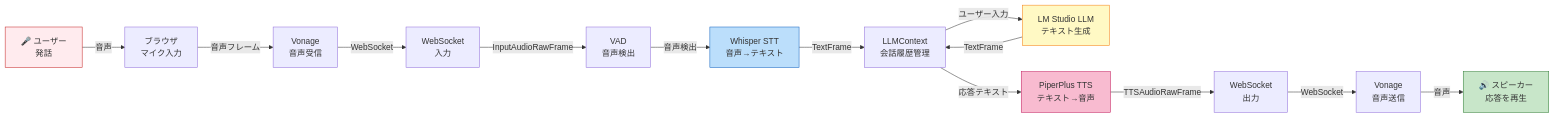
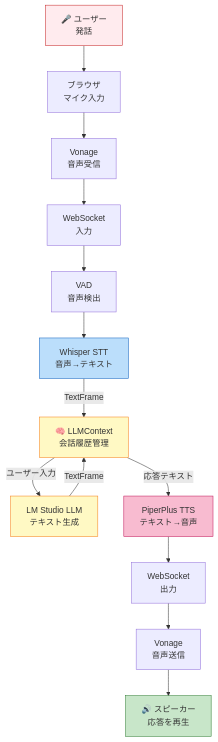
One commit to masayukimiyazawa/pipecat-voicebot-voiceapi-demo changed the diagram in doc/mermaid/data_flow_jp.md. Above: the diagram before and after it, drawn with Mermaid. The commit also changed 13 other files, not shown here.

````diff
--- a/doc/mermaid/data_flow_jp.md
+++ b/doc/mermaid/data_flow_jp.md
@@ -1,45 +1,17 @@
 ```mermaid
-graph LR
-    User["🎤 ユーザー<br/>発話"]
-    
-    Browser["ブラウザ<br/>マイク入力"]
-    
-    Vonage_In["Vonage<br/>音声受信"]
-    
-    WS_In["WebSocket<br/>入力"]
-    
-    VAD_Proc["VAD<br/>音声検出"]
-    
-    STT_Proc["Whisper STT<br/>音声→テキスト"]
-    
-    LLMContext["LLMContext<br/>会話履歴管理"]
-    
-    LLM_Proc["LM Studio LLM<br/>テキスト生成"]
-    
-    TTS_Proc["PiperPlus TTS<br/>テキスト→音声"]
-    
-    WS_Out["WebSocket<br/>出力"]
-    
-    Vonage_Out["Vonage<br/>音声送信"]
-    
-    Speaker["🔊 スピーカー<br/>応答を再生"]
-    
-    User -->|音声| Browser
-    Browser -->|音声フレーム| Vonage_In
-    Vonage_In -->|WebSocket| WS_In
-    WS_In -->|InputAudioRawFrame| VAD_Proc
-    VAD_Proc -->|音声検出| STT_Proc
-    STT_Proc -->|TextFrame| LLMContext
-    LLMContext -->|ユーザー入力| LLM_Proc
+flowchart TB
+    User["🎤 ユーザー<br/>発話"] --> Browser["ブラウザ<br/>マイク入力"] --> Vonage_In["Vonage<br/>音声受信"] --> WS_In["WebSocket<br/>入力"]
+    WS_In --> VAD_Proc["VAD<br/>音声検出"] --> STT_Proc["Whisper STT<br/>音声→テキスト"]
+    STT_Proc -->|TextFrame| LLMContext["🧠 LLMContext<br/>会話履歴管理"]
+    LLMContext -->|ユーザー入力| LLM_Proc["LM Studio LLM<br/>テキスト生成"]
     LLM_Proc -->|TextFrame| LLMContext
-    LLMContext -->|応答テキスト| TTS_Proc
-    TTS_Proc -->|TTSAudioRawFrame| WS_Out
-    WS_Out -->|WebSocket| Vonage_Out
-    Vonage_Out -->|音声| Speaker
-    
+    LLMContext -->|応答テキスト| TTS_Proc["PiperPlus TTS<br/>テキスト→音声"]
+    TTS_Proc --> WS_Out["WebSocket<br/>出力"] --> Vonage_Out["Vonage<br/>音声送信"] --> Speaker["🔊 スピーカー<br/>応答を再生"]
+
     style User fill:#ffebee,stroke:#c62828
     style Speaker fill:#c8e6c9,stroke:#2e7d32
     style STT_Proc fill:#bbdefb,stroke:#1565c0
     style LLM_Proc fill:#fff9c4,stroke:#f57f17
     style TTS_Proc fill:#f8bbd0,stroke:#c2185b
+    style LLMContext fill:#fff9c4,stroke:#f57f17
 ```
````
